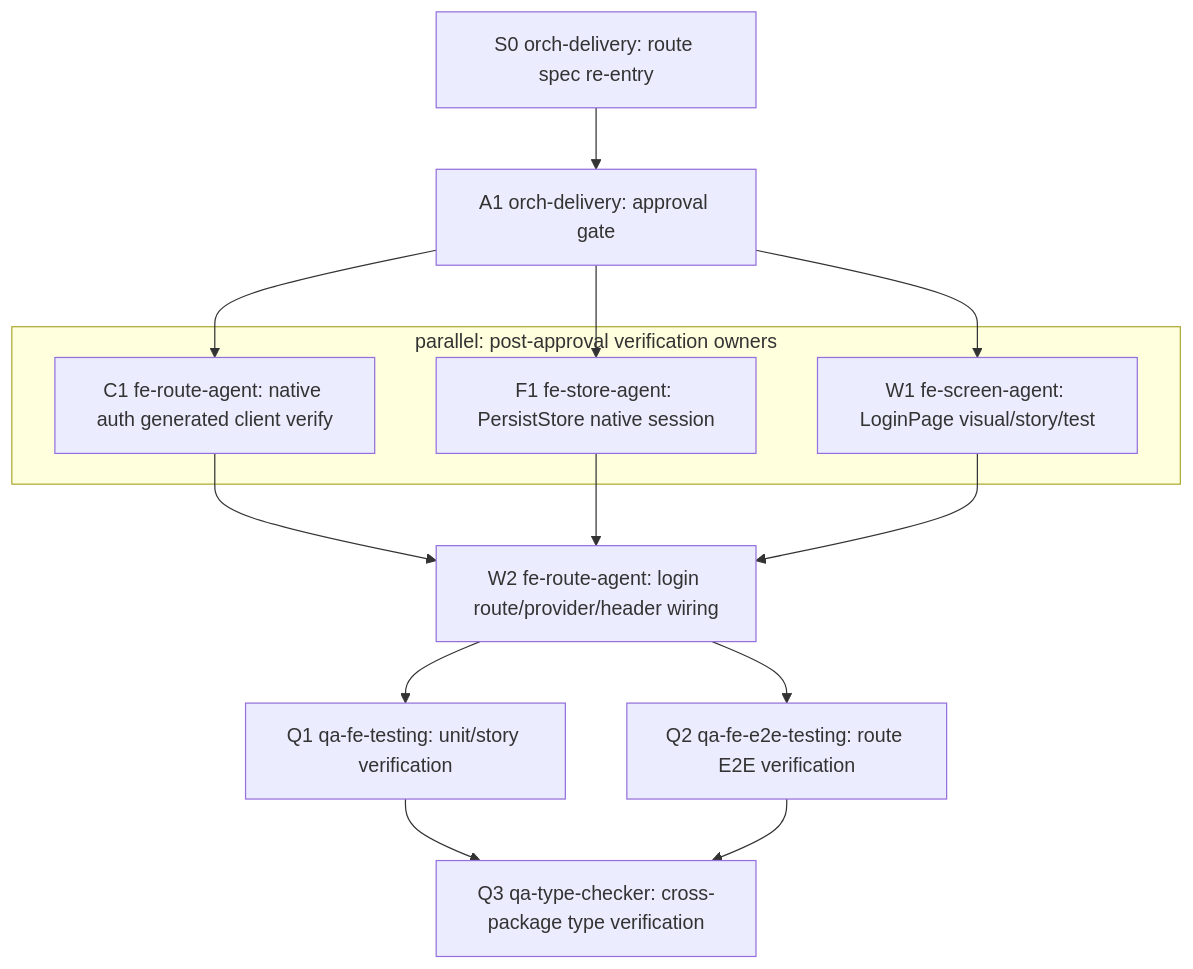
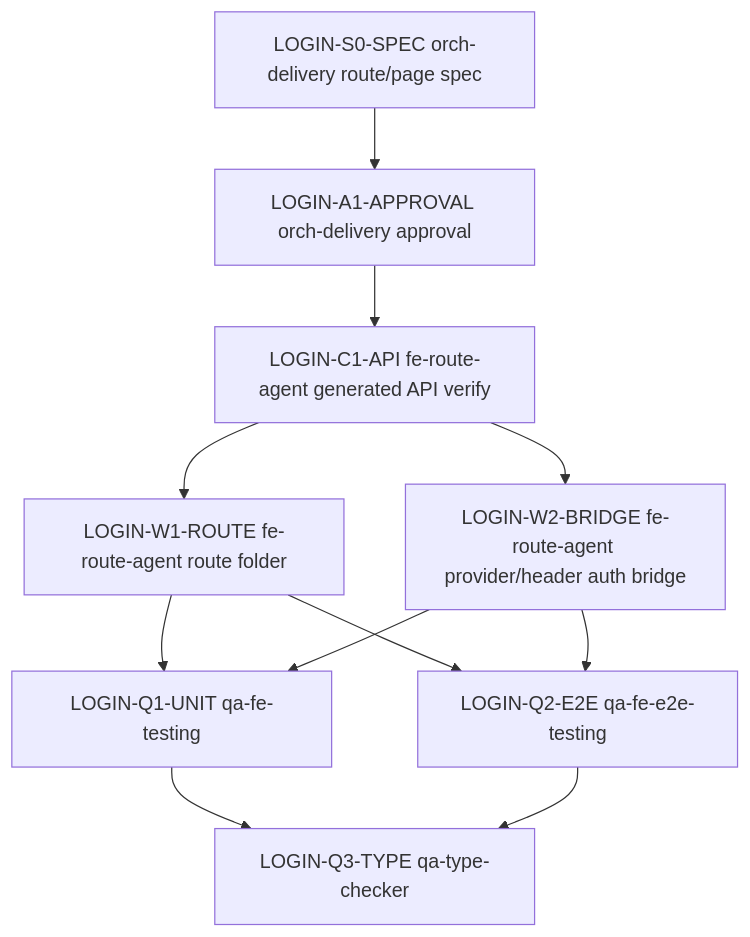
Before and after one commit to kimjoongwon/prj-core: the diagram in apps/admin/web/src/app/auth/login/page.spec.md, drawn with Mermaid. The commit also changed other lines of this file and 1483 other files, not shown here.

````diff
--- a/apps/admin/web/src/app/auth/login/page.spec.md
+++ b/apps/admin/web/src/app/auth/login/page.spec.md
@@ -351,23 +172,15 @@
 ```mermaid
 flowchart TD
-  S0["S0 orch-delivery: route spec re-entry"]
-  A1["A1 orch-delivery: approval gate"]
+  S0["LOGIN-S0-SPEC orch-delivery route/page spec"]
+  A1["LOGIN-A1-APPROVAL orch-delivery approval"]
   S0 --> A1
-
-  subgraph P1["parallel: post-approval verification owners"]
-    C1["C1 fe-route-agent: native auth generated client verify"]
-    F1["F1 fe-store-agent: PersistStore native session"]
-    W1["W1 fe-screen-agent: LoginPage visual/story/test"]
-  end
-
-  A1 --> C1
-  A1 --> F1
-  A1 --> W1
-  C1 --> W2["W2 fe-route-agent: login route/provider/header wiring"]
-  F1 --> W2
-  W1 --> W2
-  W2 --> Q1["Q1 qa-fe-testing: unit/story verification"]
-  W2 --> Q2["Q2 qa-fe-e2e-testing: route E2E verification"]
-  Q1 --> Q3["Q3 qa-type-checker: cross-package type verification"]
+  A1 --> C1["LOGIN-C1-API fe-route-agent generated API verify"]
+  C1 --> W1["LOGIN-W1-ROUTE fe-route-agent route folder"]
+  C1 --> W2["LOGIN-W2-BRIDGE fe-route-agent provider/header auth bridge"]
+  W1 --> Q1["LOGIN-Q1-UNIT qa-fe-testing"]
+  W2 --> Q1
+  W1 --> Q2["LOGIN-Q2-E2E qa-fe-e2e-testing"]
+  W2 --> Q2
+  Q1 --> Q3["LOGIN-Q3-TYPE qa-type-checker"]
   Q2 --> Q3
 ```
````
